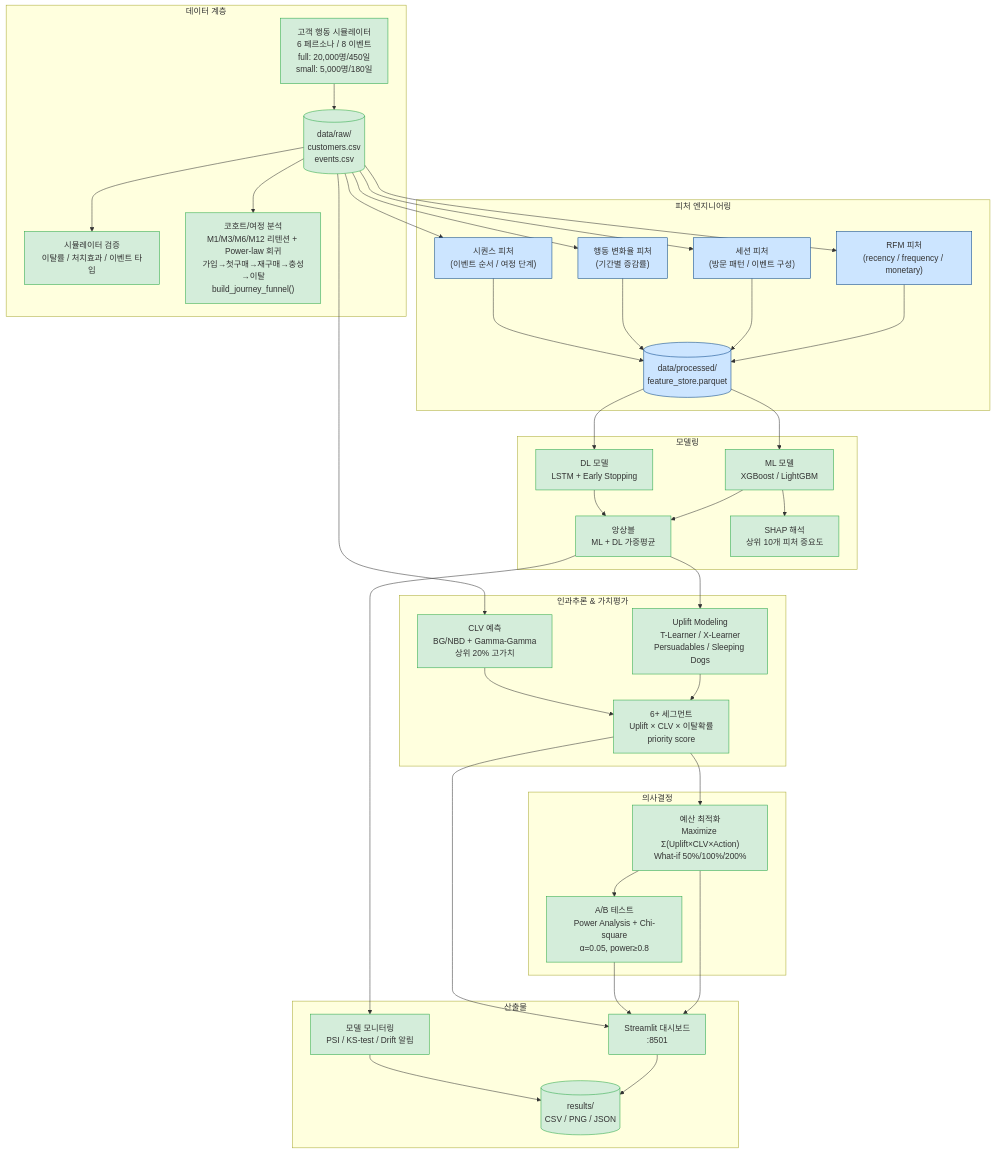
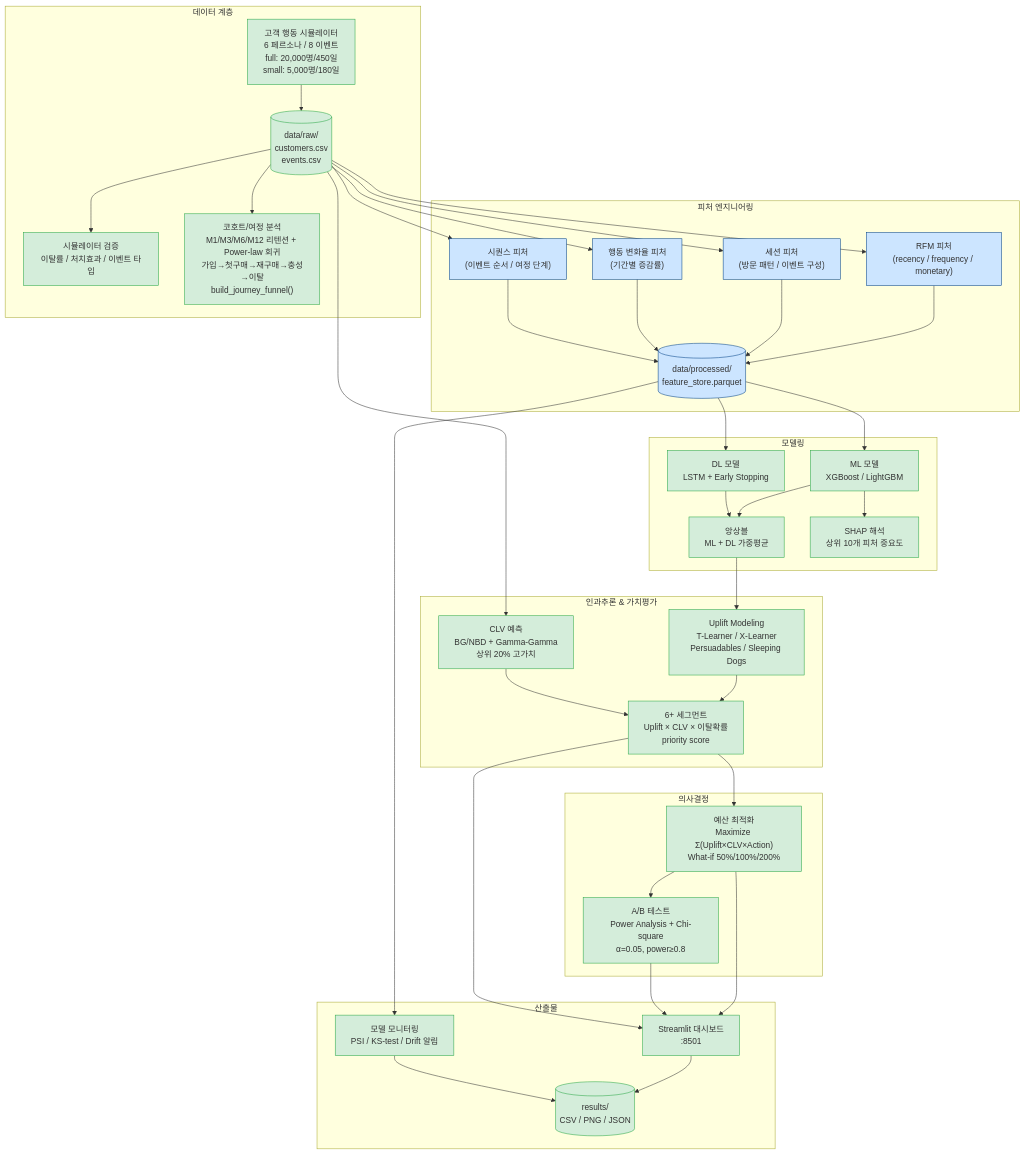
One commit to neibler/customer-churn-retention-system changed the first of 2 diagrams in README.md. Above: the diagram before and after it, drawn with Mermaid. The commit also changed other lines of this file and 4 other files, not shown here.

````diff
--- a/README.md
+++ b/README.md
@@ -84,62 +84,62 @@
 ```mermaid
 flowchart TB
     subgraph Data["데이터 계층"]
         SIM["고객 행동 시뮬레이터\n6 페르소나 / 8 이벤트\nfull: 20,000명/450일\nsmall: 5,000명/180일"]
         VAL["시뮬레이터 검증\n이탈률 / 처치효과 / 이벤트 타입"]
         RAW[("data/raw/\ncustomers.csv\nevents.csv")]
         COHORT["코호트/여정 분석\nM1/M3/M6/M12 리텐션 + Power-law 회귀\n가입→첫구매→재구매→충성→이탈\nbuild_journey_funnel()"]
         SIM --> RAW --> VAL
         RAW --> COHORT
     end
 
     subgraph Feature["피처 엔지니어링"]
         RFM["RFM 피처\n(recency / frequency / monetary)"]
         SES["세션 피처\n(방문 패턴 / 이벤트 구성)"]
         BEH["행동 변화율 피처\n(기간별 증감률)"]
         SEQ["시퀀스 피처\n(이벤트 순서 / 여정 단계)"]
         STORE[("data/processed/\nfeature_store.parquet")]
         RAW --> RFM & SES & BEH & SEQ
         RFM & SES & BEH & SEQ --> STORE
     end
 
     subgraph Model["모델링"]
         ML["ML 모델\nXGBoost / LightGBM"]
         DL["DL 모델\nLSTM + Early Stopping"]
         ENS["앙상블\nML + DL 가중평균"]
         SHAP["SHAP 해석\n상위 10개 피처 중요도"]
         STORE --> ML & DL
         ML & DL --> ENS
         ML --> SHAP
     end
 
     subgraph Causal["인과추론 & 가치평가"]
         UPLIFT["Uplift Modeling\nT-Learner / X-Learner\nPersuadables / Sleeping Dogs"]
         CLV["CLV 예측\nBG/NBD + Gamma-Gamma\n상위 20% 고가치"]
         SEG["6+ 세그먼트\nUplift × CLV × 이탈확률\npriority score"]
         ENS --> UPLIFT
         RAW --> CLV
         UPLIFT & CLV --> SEG
     end
 
     subgraph Decision["의사결정"]
         OPT["예산 최적화\nMaximize Σ(Uplift×CLV×Action)\nWhat-if 50%/100%/200%"]
         AB["A/B 테스트\nPower Analysis + Chi-square\nα=0.05, power≥0.8"]
         SEG --> OPT
         OPT --> AB
     end
 
     subgraph Output["산출물"]
         DASH["Streamlit 대시보드\n:8501"]
         MON["모델 모니터링\nPSI / KS-test / Drift 알림"]
         REPORT[("results/\nCSV / PNG / JSON")]
         OPT & AB & SEG --> DASH
-        ENS --> MON
+        STORE --> MON
         DASH & MON --> REPORT
     end
 
     classDef done fill:#d4edda,stroke:#28a745
     classDef wip fill:#fff3cd,stroke:#ffc107
     classDef code fill:#cce5ff,stroke:#004085
     class SIM,VAL,RAW,COHORT,ML,DL,ENS,SHAP,UPLIFT,CLV,SEG,OPT,AB,DASH,MON,REPORT done
     class RFM,SES,BEH,SEQ,STORE code
 ```
````
